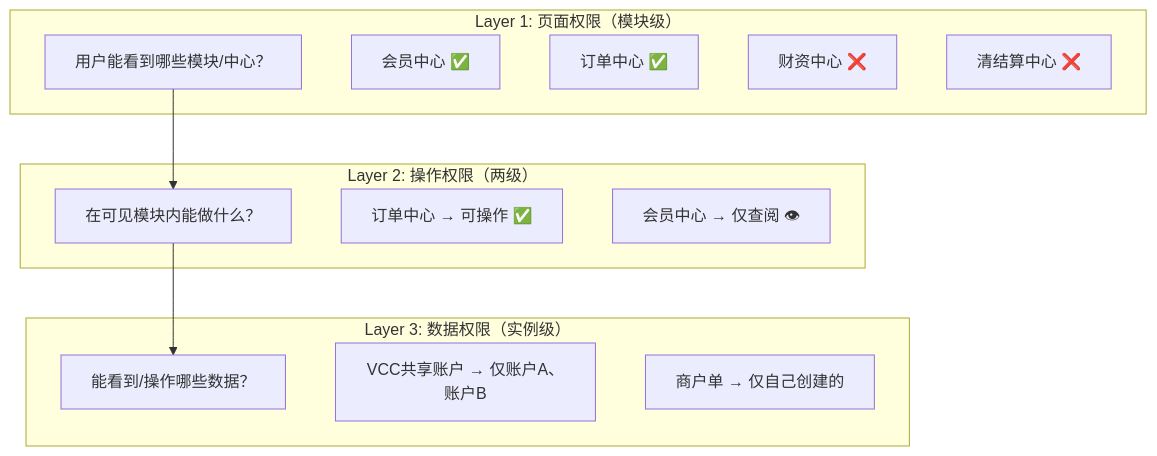
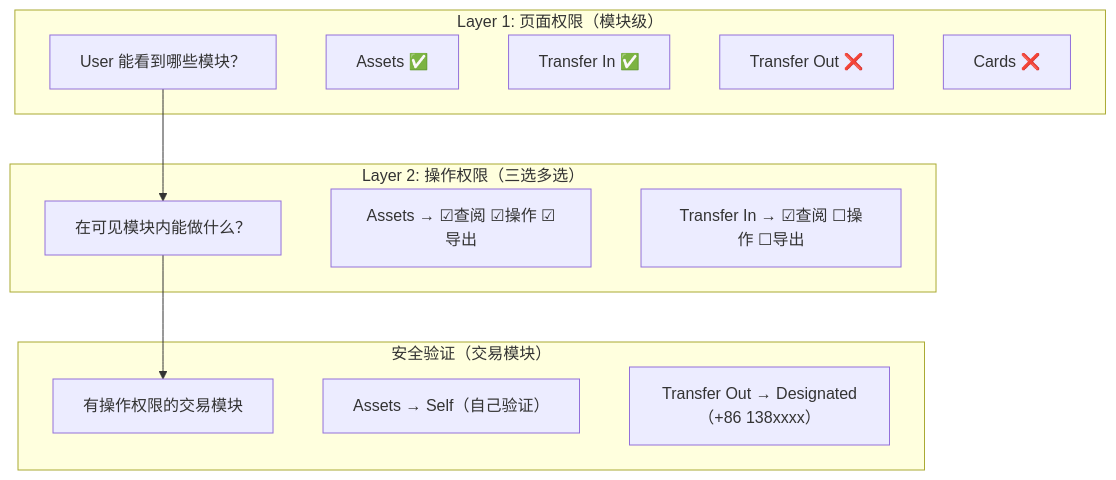
One commit to xiaoxiaoangie/EX-NEW changed the fifth of 13 diagrams in USERPERMISSIONS/prd/Users-Roles-Permissions.md. Above: the diagram before and after it, drawn with Mermaid. The commit also changed other lines of this file and 30 other files, not shown here.

````diff
--- a/USERPERMISSIONS/prd/Users-Roles-Permissions.md
+++ b/USERPERMISSIONS/prd/Users-Roles-Permissions.md
@@ -306,24 +370,25 @@
 ```mermaid
 graph TD
     subgraph "Layer 1: 页面权限（模块级）"
-        P1["用户能看到哪些模块/中心？"]
-        P1a["会员中心 ✅"]
-        P1b["订单中心 ✅"]
-        P1c["财资中心 ❌"]
-        P1d["清结算中心 ❌"]
+        P1["User 能看到哪些模块？"]
+        P1a["Assets ✅"]
+        P1b["Transfer In ✅"]
+        P1c["Transfer Out ❌"]
+        P1d["Cards ❌"]
     end
 
-    subgraph "Layer 2: 操作权限（两级）"
+    subgraph "Layer 2: 操作权限（三选多选）"
         P2["在可见模块内能做什么？"]
-        P2a["订单中心 → 可操作 ✅"]
-        P2b["会员中心 → 仅查阅 👁"]
+        P2a["Assets → ☑查阅 ☑操作 ☑导出"]
+        P2b["Transfer In → ☑查阅 ☐操作 ☐导出"]
     end
 
-    subgraph "Layer 3: 数据权限（实例级）"
-        P3["能看到/操作哪些数据？"]
-        P3a["VCC共享账户 → 仅账户A、账户B"]
-        P3b["商户单 → 仅自己创建的"]
+    subgraph "安全验证（交易模块）"
+        V1["有操作权限的交易模块"]
+        V1a["Assets → Self（自己验证）"]
+        V1b["Transfer Out → Designated（+86 138xxxx）"]
     end
 
-    P1 --> P2 --> P3
+    P1 --> P2
+    P2 --> V1
 ```
````
